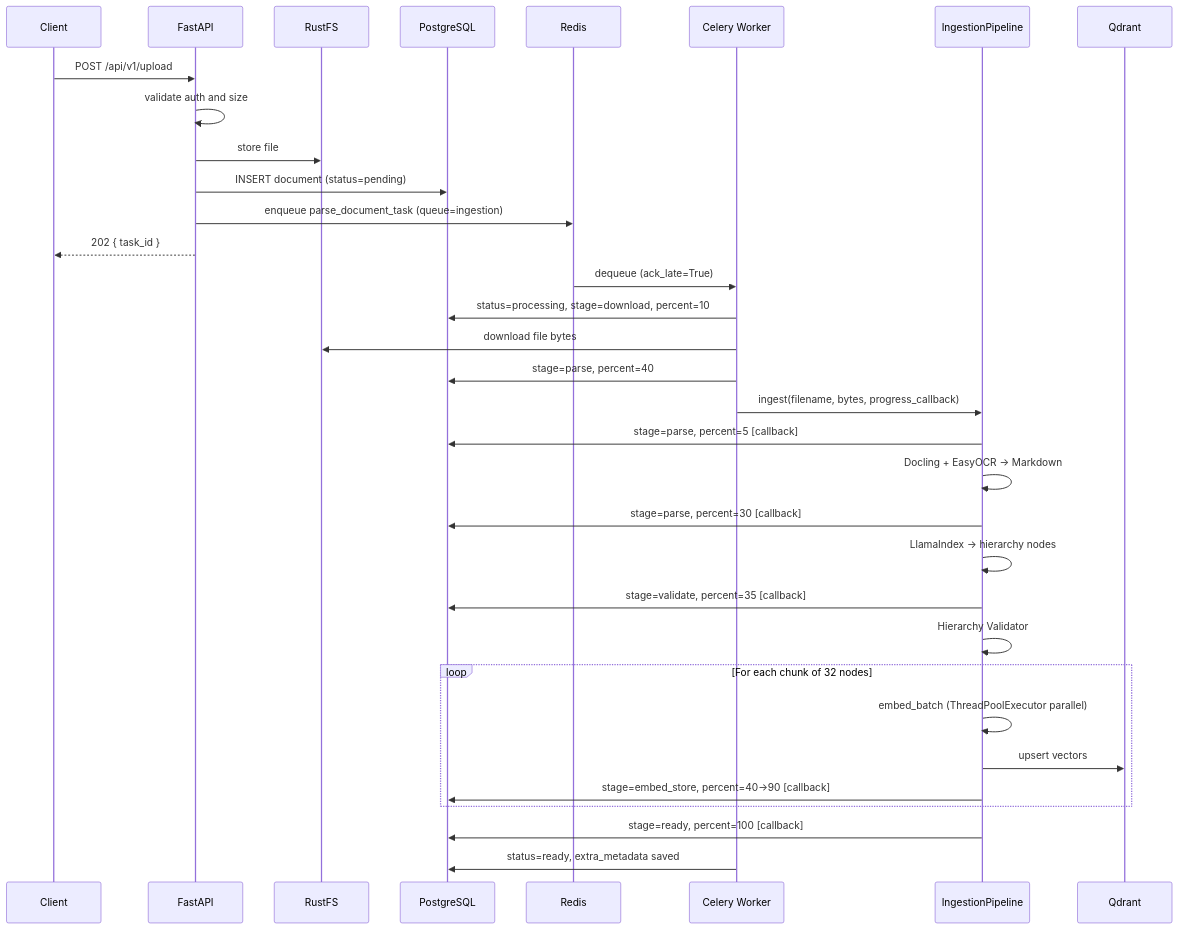
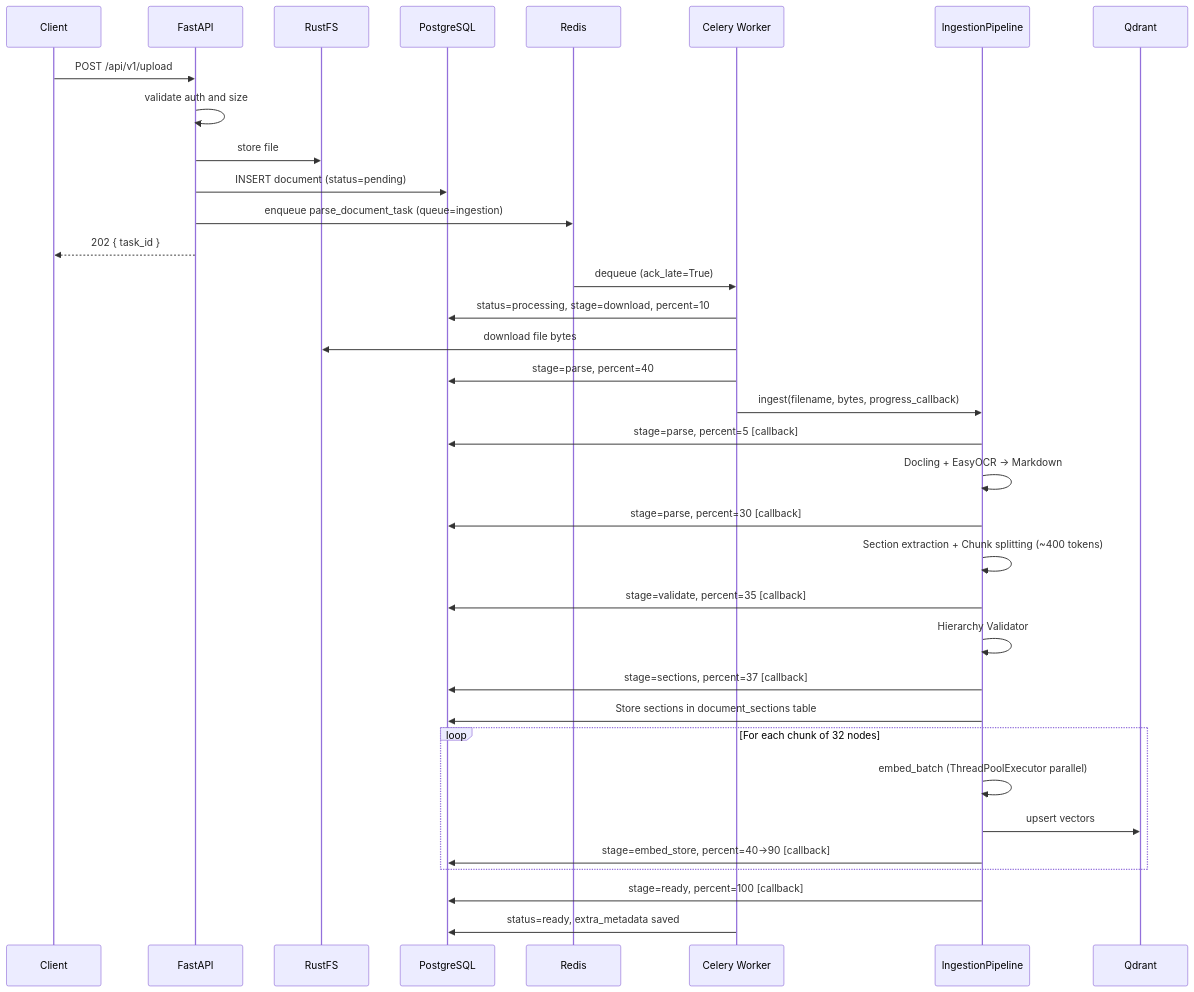
One commit to qtuanph/chatbot-rag changed the first of 3 diagrams in docs/03_CORE_WORKFLOWS.md. Above: the diagram before and after it, drawn with Mermaid. The commit also changed other lines of this file and 91 other files, not shown here.

````diff
--- a/docs/03_CORE_WORKFLOWS.md
+++ b/docs/03_CORE_WORKFLOWS.md
@@ -7,41 +7,43 @@
 ```mermaid
 sequenceDiagram
     participant Client
     participant API as FastAPI
     participant RustFS
     participant DB as PostgreSQL
     participant Redis
     participant Worker as Celery Worker
     participant Pipeline as IngestionPipeline
     participant Qdrant
 
     Client->>API: POST /api/v1/upload
     API->>API: validate auth and size
     API->>RustFS: store file
     API->>DB: INSERT document (status=pending)
     API->>Redis: enqueue parse_document_task (queue=ingestion)
     API-->>Client: 202 { task_id }
 
     Redis->>Worker: dequeue (ack_late=True)
     Worker->>DB: status=processing, stage=download, percent=10
     Worker->>RustFS: download file bytes
 
     Worker->>DB: stage=parse, percent=40
     Worker->>Pipeline: ingest(filename, bytes, progress_callback)
 
     Pipeline->>DB: stage=parse, percent=5  [callback]
     Pipeline->>Pipeline: Docling + EasyOCR → Markdown
     Pipeline->>DB: stage=parse, percent=30 [callback]
-    Pipeline->>Pipeline: LlamaIndex → hierarchy nodes
+    Pipeline->>Pipeline: Section extraction + Chunk splitting (~400 tokens)
     Pipeline->>DB: stage=validate, percent=35 [callback]
     Pipeline->>Pipeline: Hierarchy Validator
+    Pipeline->>DB: stage=sections, percent=37 [callback]
+    Pipeline->>DB: Store sections in document_sections table
 
     loop For each chunk of 32 nodes
         Pipeline->>Pipeline: embed_batch (ThreadPoolExecutor parallel)
         Pipeline->>Qdrant: upsert vectors
         Pipeline->>DB: stage=embed_store, percent=40→90 [callback]
     end
 
     Pipeline->>DB: stage=ready, percent=100 [callback]
     Worker->>DB: status=ready, extra_metadata saved
 ```
````
